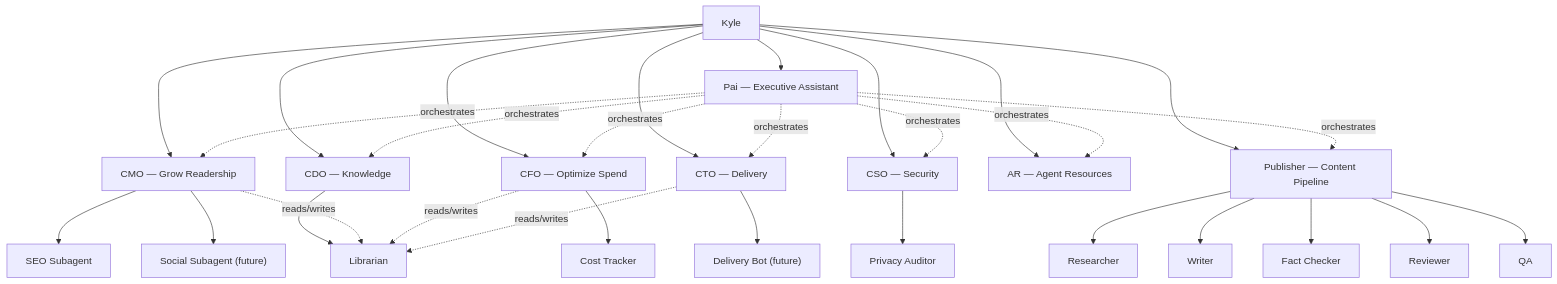
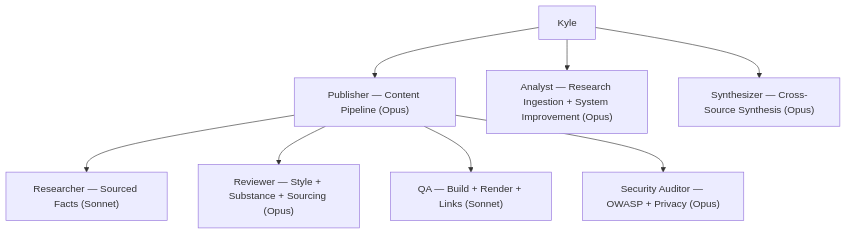
The diagram in apps/blog/blog/markdown/wiki/projects/agent-team/org-chart.md (kylep/multi), drawn with Mermaid before and after one commit. The commit also changed other lines of this file and 42 other files, not shown here.

First line of the commit message:
Add using-agents-better blog post, research wiki page, and agent improvements

````diff
--- a/apps/blog/blog/markdown/wiki/projects/agent-team/org-chart.md
+++ b/apps/blog/blog/markdown/wiki/projects/agent-team/org-chart.md
@@ -19,59 +17,19 @@
 ```mermaid
 graph TD
     Kyle["Kyle"]
-    Pai["Pai — Executive Assistant"]
-    CMO["CMO — Grow Readership"]
-    CFO["CFO — Optimize Spend"]
-    CTO["CTO — Delivery"]
-    CDO["CDO — Knowledge"]
-    CSO["CSO — Security"]
-    AR["AR — Agent Resources"]
-    Publisher["Publisher — Content Pipeline"]
+    Publisher["Publisher — Content Pipeline (Opus)"]
+    Analyst["Analyst — Research Ingestion + System Improvement (Opus)"]
+    Researcher["Researcher — Sourced Facts (Sonnet)"]
+    Reviewer["Reviewer — Style + Substance + Sourcing (Opus)"]
+    QA["QA — Build + Render + Links (Sonnet)"]
+    Security["Security Auditor — OWASP + Privacy (Opus)"]
+    Synthesizer["Synthesizer — Cross-Source Synthesis (Opus)"]
 
-    SEO["SEO Subagent"]
-    Social["Social Subagent (future)"]
-    CostTracker["Cost Tracker"]
-    DeliveryBot["Delivery Bot (future)"]
-    Librarian["Librarian"]
-    PrivacyAuditor["Privacy Auditor"]
-
-    Researcher["Researcher"]
-    Writer["Writer"]
-    FactChecker["Fact Checker"]
-    Reviewer["Reviewer"]
-    QA["QA"]
-
-    Kyle --> Pai
-    Kyle --> CMO
-    Kyle --> CFO
-    Kyle --> CTO
-    Kyle --> CDO
-    Kyle --> CSO
-    Kyle --> AR
     Kyle --> Publisher
-
-    Pai -.->|orchestrates| CMO
-    Pai -.->|orchestrates| CFO
-    Pai -.->|orchestrates| CTO
-    Pai -.->|orchestrates| CDO
-    Pai -.->|orchestrates| CSO
-    Pai -.->|orchestrates| AR
-    Pai -.->|orchestrates| Publisher
-
-    CMO --> SEO
-    CMO --> Social
-    CFO --> CostTracker
-    CTO --> DeliveryBot
-    CDO --> Librarian
-    CSO --> PrivacyAuditor
-
-    CMO -.->|reads/writes| Librarian
-    CFO -.->|reads/writes| Librarian
-    CTO -.->|reads/writes| Librarian
-
+    Kyle --> Analyst
+    Kyle --> Synthesizer
     Publisher --> Researcher
-    Publisher --> Writer
-    Publisher --> FactChecker
     Publisher --> Reviewer
     Publisher --> QA
+    Publisher --> Security
 ```
````
